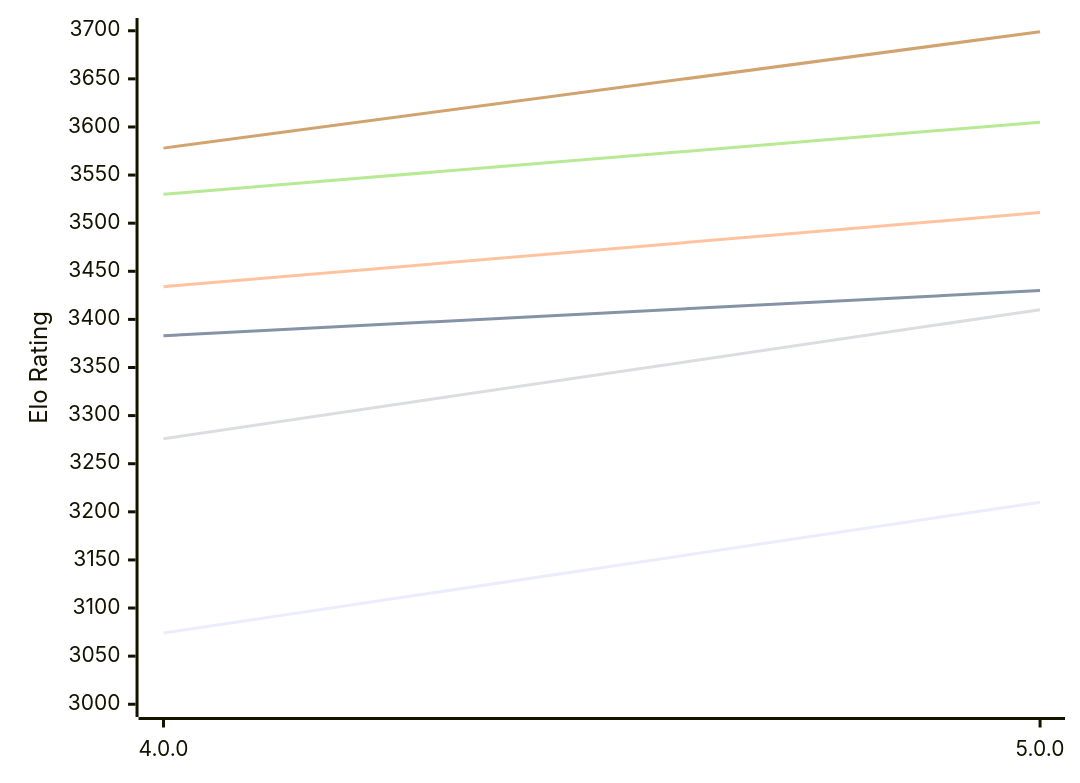
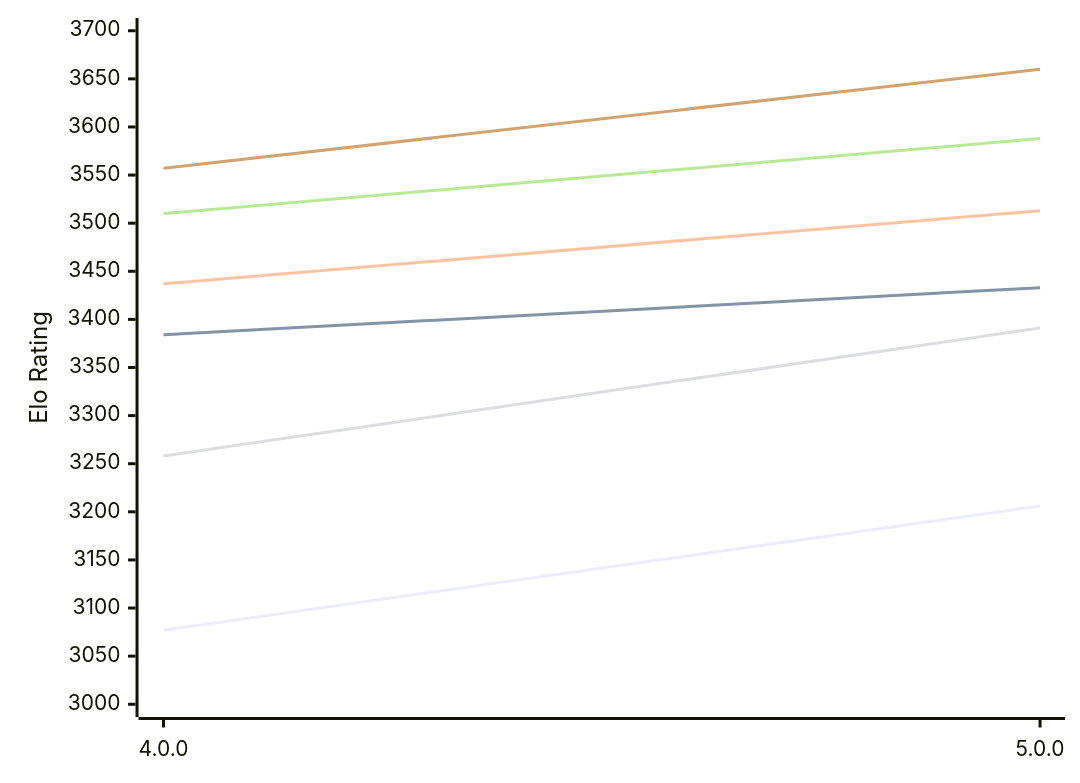
Before and after one commit to computer-chess-index/cci: the first of 2 diagrams in engines/Avalanche.md, drawn with Mermaid. The commit also changed other lines of this file, not shown here.

Commit message:
Update CCI Ratings (ELO VLTC) - 2026-10-18

````diff
--- a/engines/Avalanche.md
+++ b/engines/Avalanche.md
@@ -50,12 +50,12 @@
 ```mermaid
 %%{init: {"theme":"base","themeVariables":{"seriesColors:['#a3a3a3','#222221','#faa371']}}}%%
 xychart-beta
   x-axis ["4.0.0", "5.0.0"]
   y-axis "Elo Rating" 3000 --> 3700
-  line "E1: STC (8.0+0.08s)" [3074, 3210]
-  line "E1: LTC (60.0+0.60s)" [3383, 3430]
-  line "E1: VLTC (2m24s+1.12s)" [3434, 3511]
-  line "P1: STC (8.0+0.08s)" [3276, 3410]
-  line "P1: LTC (60.0+0.60s)" [3530, 3605]
-  line "P1: VLTC (2m24s+1.12s)" [3578, 3699]
+  line "E1: STC (8.0+0.08s)" [3077, 3206]
+  line "E1: LTC (60.0+0.60s)" [3384, 3433]
+  line "E1: VLTC (2m24s+1.12s)" [3437, 3513]
+  line "P1: STC (8.0+0.08s)" [3258, 3391]
+  line "P1: LTC (60.0+0.60s)" [3510, 3588]
+  line "P1: VLTC (2m24s+1.12s)" [3557, 3660]
 ```
````
